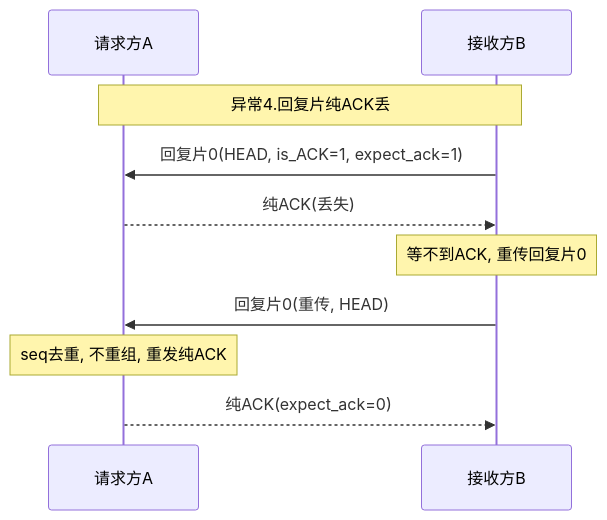
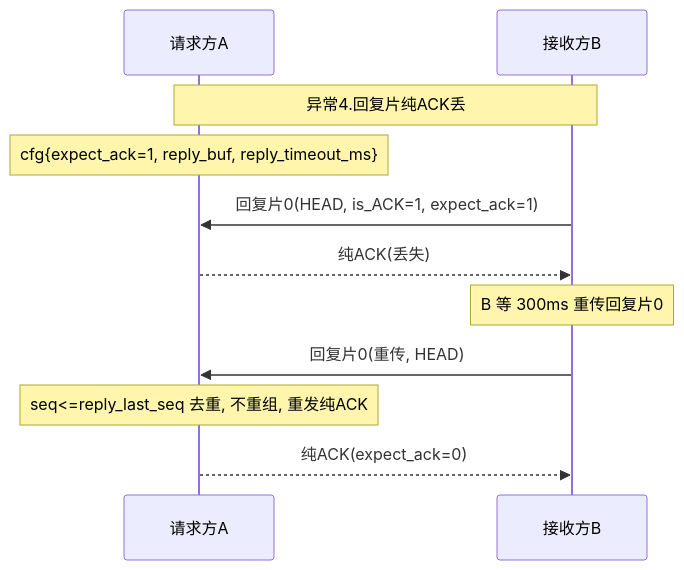
Before and after one commit to Siaiai/ObsidianNote: diagram 11 of 14 in 工作/项目/代码/260401S3分拣面板-SIA-R9000P.md, drawn with Mermaid. The commit also changed other lines of this file and 1 other file, not shown here.

````diff
--- a/工作/项目/代码/260401S3分拣面板-SIA-R9000P.md
+++ b/工作/项目/代码/260401S3分拣面板-SIA-R9000P.md
@@ -232,12 +259,13 @@
 ```mermaid
 sequenceDiagram
     participant A as 请求方A
     participant B as 接收方B
     Note over A,B: 异常4.回复片纯ACK丢
+    Note over A: cfg{expect_ack=1, reply_buf, reply_timeout_ms}
     B->>A: 回复片0(HEAD, is_ACK=1, expect_ack=1)
     A-->>B: 纯ACK(丢失)
-    Note over B: 等不到ACK, 重传回复片0
+    Note over B: B 等 300ms 重传回复片0
     B->>A: 回复片0(重传, HEAD)
-    Note over A: seq去重, 不重组, 重发纯ACK
+    Note over A: seq<=reply_last_seq 去重, 不重组, 重发纯ACK
     A-->>B: 纯ACK(expect_ack=0)
 ```
````
